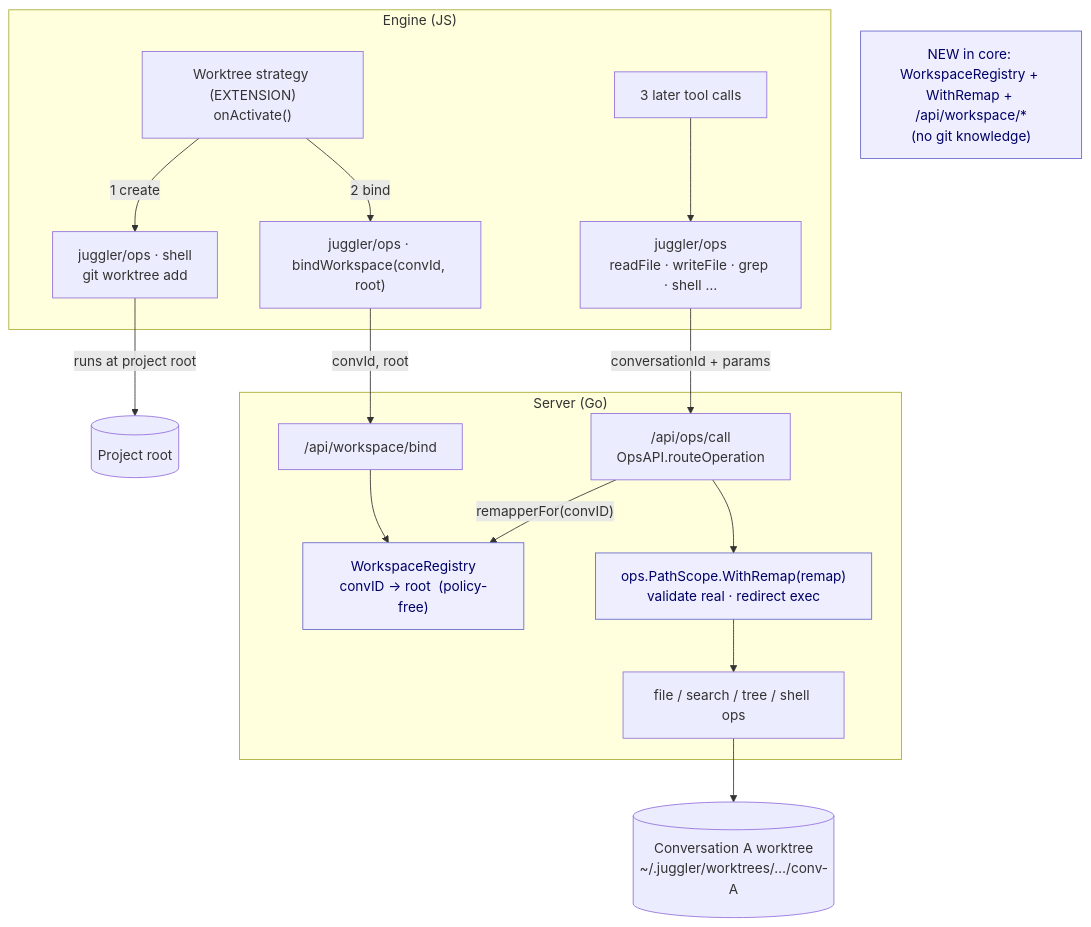
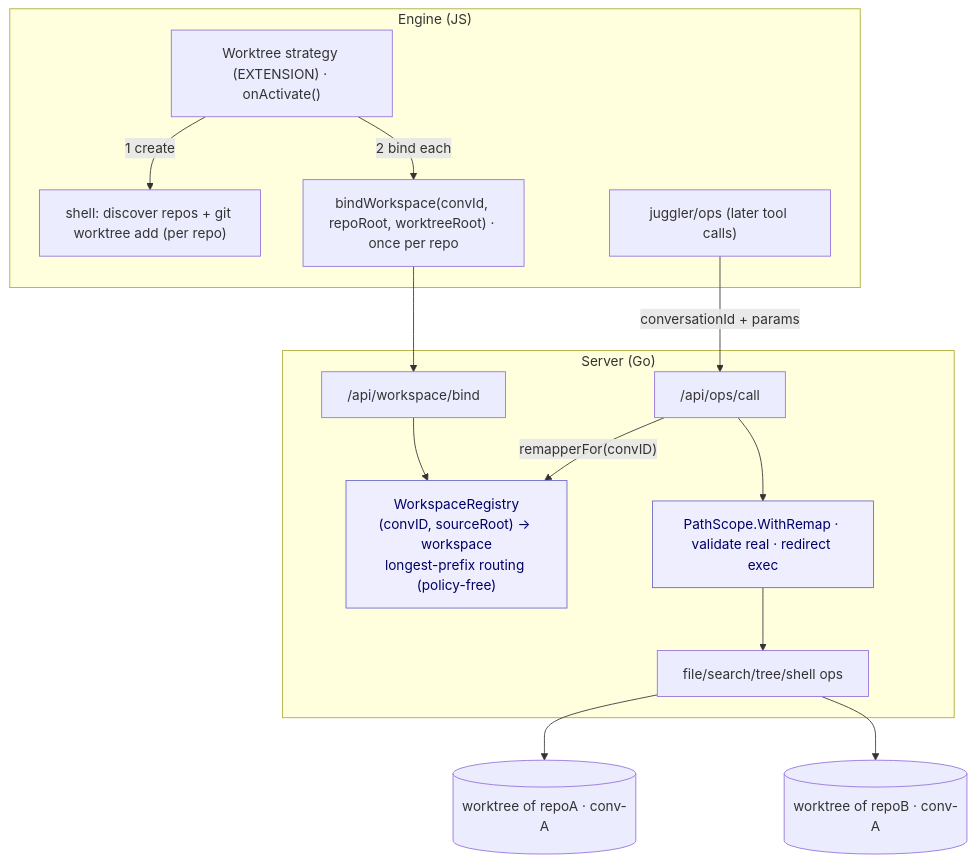
Before and after one commit to juggler-ai/juggler: the second of 3 diagrams in docs/design/worktrees-as-extension.md, drawn with Mermaid. The commit also changed other lines of this file and 10 other files, not shown here.

Commit message:
Made workspace bindings per-repository so one conversation isolates multiple repos (WIP)

````diff
--- a/docs/design/worktrees-as-extension.md
+++ b/docs/design/worktrees-as-extension.md
@@ -91,30 +116,25 @@
 ```mermaid
 flowchart TD
   subgraph engine["Engine (JS)"]
-    strat["Worktree strategy (EXTENSION)<br/>onActivate()"]
-    shellop["juggler/ops · shell<br/>git worktree add"]
-    bind["juggler/ops · bindWorkspace(convId, root)"]
-    ops["juggler/ops<br/>readFile · writeFile · grep · shell …"]
+    strat["Worktree strategy (EXTENSION) · onActivate()"]
+    shellop["shell: discover repos + git worktree add (per repo)"]
+    bind["bindWorkspace(convId, repoRoot, worktreeRoot) · once per repo"]
+    ops["juggler/ops (later tool calls)"]
     strat -->|"1 create"| shellop
-    strat -->|"2 bind"| bind
-    tool["3 later tool calls"] --> ops
+    strat -->|"2 bind each"| bind
   end
   subgraph server["Server (Go)"]
     wsapi["/api/workspace/bind"]
-    reg["WorkspaceRegistry<br/>convID → root  (policy-free)"]
-    opsapi["/api/ops/call<br/>OpsAPI.routeOperation"]
-    scope["ops.PathScope.WithRemap(remap)<br/>validate real · redirect exec"]
-    fsops["file / search / tree / shell ops"]
+    reg["WorkspaceRegistry<br/>(convID, sourceRoot) → workspace<br/>longest-prefix routing (policy-free)"]:::core
+    opsapi["/api/ops/call"]
+    scope["PathScope.WithRemap · validate real · redirect exec"]:::core
     wsapi --> reg
     opsapi -->|"remapperFor(convID)"| reg
-    opsapi --> scope --> fsops
+    opsapi --> scope --> fsops["file/search/tree/shell ops"]
   end
-  bind -->|"convId, root"| wsapi
-  shellop -->|"runs at project root"| projroot[("Project root")]
+  bind --> wsapi
   ops -->|"conversationId + params"| opsapi
-  fsops --> wt[("Conversation A worktree<br/>~/.juggler/worktrees/…/conv-A")]
-
+  fsops --> wtA[("worktree of repoA · conv-A")]
+  fsops --> wtB[("worktree of repoB · conv-A")]
   classDef core fill:#eef,stroke:#66c,color:#006;
-  class reg,scope core;
-  newnote["NEW in core: WorkspaceRegistry + WithRemap + /api/workspace/*<br/>(no git knowledge)"]:::core
 ```
````
